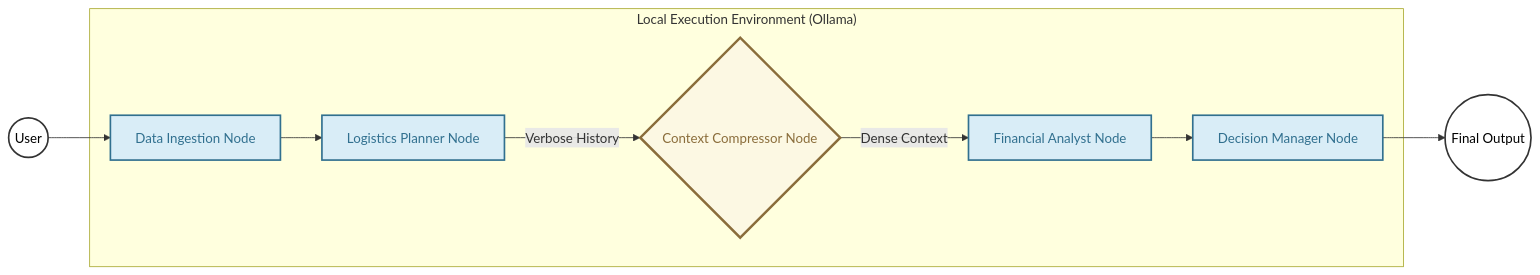
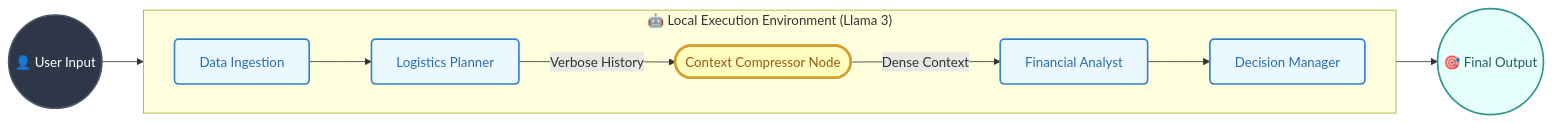
One commit to abdelkaderelassali/Token-Efficient-Multi-Agent changed the diagram in README.md. Above: the diagram before and after it, drawn with Mermaid.

Commit message:
chore: Update architecture graph design

````diff
--- a/README.md
+++ b/README.md
@@ -11,25 +11,28 @@
 ```mermaid
 graph LR
-    classDef default fill:#ffffff,stroke:#333333,stroke-width:2px,color:#000;
-    classDef comp fill:#fcf8e3,stroke:#8a6d3b,stroke-width:3px,color:#8a6d3b;
-    classDef agent fill:#d9edf7,stroke:#31708f,stroke-width:2px,color:#31708f;
+    %% Modern styling
+    classDef user fill:#2d3748,stroke:#4a5568,stroke-width:2px,color:#fff,rx:10,ry:10;
+    classDef agent fill:#ebf8ff,stroke:#3182ce,stroke-width:2px,color:#2b6cb0,rx:5,ry:5;
+    classDef compressor fill:#fefcbf,stroke:#d69e2e,stroke-width:3px,color:#975a16,rx:15,ry:15;
+    classDef output fill:#e6fffa,stroke:#319795,stroke-width:2px,color:#285e61,rx:10,ry:10;
 
-    U((User))
+    User((👤 User Input)):::user
     
-    subgraph "Local Execution Environment (Ollama)"
-        A[Data Ingestion Node]:::agent
-        B[Logistics Planner Node]:::agent
-        C{Context Compressor Node}:::comp
-        D[Financial Analyst Node]:::agent
-        E[Decision Manager Node]:::agent
+    subgraph Ollama ["🤖 Local Execution Environment (Llama 3)"]
+        direction LR
+        A[Data Ingestion]:::agent
+        B[Logistics Planner]:::agent
+        C([Context Compressor Node]):::compressor
+        D[Financial Analyst]:::agent
+        E[Decision Manager]:::agent
     end
     
-    R((Final Output))
+    Result((🎯 Final Output)):::output
 
-    U --> A
+    User --> A
     A --> B
     B -->|Verbose History| C
     C -->|Dense Context| D
     D --> E
-    E --> R
+    E --> Result
 ```
````
